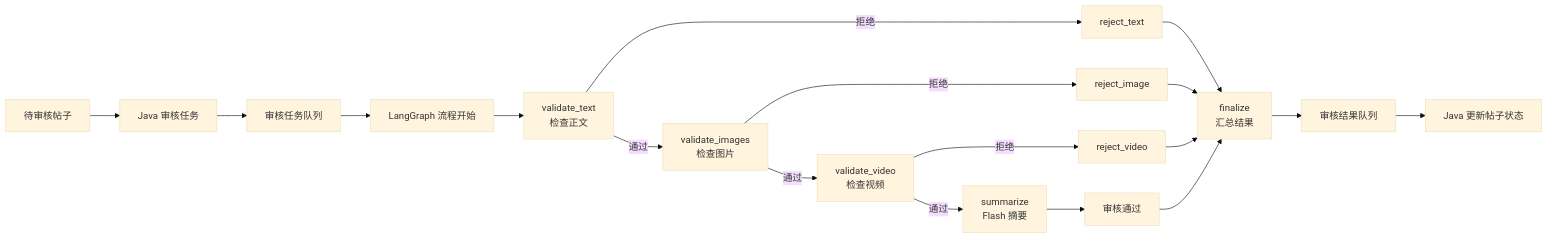
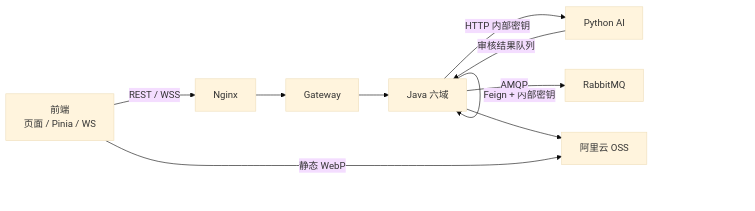
One commit to pluchon/mengmeng_forum changed the fourth of 29 diagrams in README.md. Above: the diagram before and after it, drawn with Mermaid (base theme). The commit also changed other lines of this file and 1616 other files, not shown here.

````diff
--- a/README.md
+++ b/README.md
@@ -277,20 +65,12 @@
 ```mermaid
 flowchart LR
-  P["待审核帖子"] --> J["Java 审核任务"]
-  J --> Q["审核任务队列"]
-  Q --> START["LangGraph 流程开始"]
-  START --> TEXT["validate_text<br/>检查正文"]
-  TEXT -->|通过| IMAGE["validate_images<br/>检查图片"]
-  TEXT -->|拒绝| RT["reject_text"]
-  IMAGE -->|通过| VIDEO["validate_video<br/>检查视频"]
-  IMAGE -->|拒绝| RI["reject_image"]
-  VIDEO -->|通过| SUM["summarize<br/>Flash 摘要"]
-  VIDEO -->|拒绝| RV["reject_video"]
-  SUM --> OK["审核通过"]
-  RT --> FIN["finalize<br/>汇总结果"]
-  RI --> FIN
-  RV --> FIN
-  OK --> FIN
-  FIN --> RQ["审核结果队列"]
-  RQ --> J2["Java 更新帖子状态"]
+  FE["前端<br/>页面 / Pinia / WS"] -->|REST / WSS| NGX["Nginx"]
+  NGX --> GW["Gateway"]
+  GW --> JAVA["Java 六域"]
+  JAVA -->|Feign + 内部密钥| JAVA
+  JAVA -->|HTTP 内部密钥| PY["Python AI"]
+  JAVA -->|AMQP| MQ["RabbitMQ"]
+  PY -->|审核结果队列| JAVA
+  JAVA --> OSS["阿里云 OSS"]
+  FE -->|静态 WebP| OSS
 ```
````
